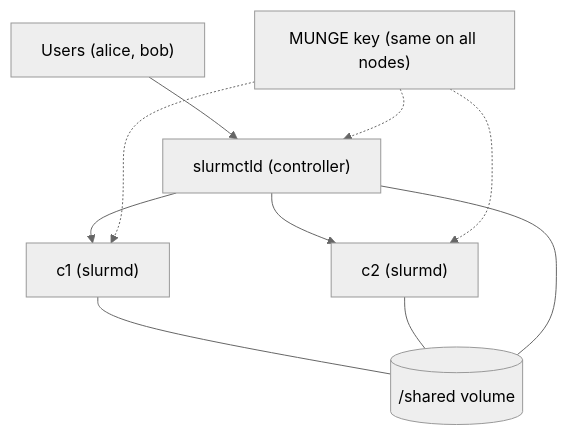
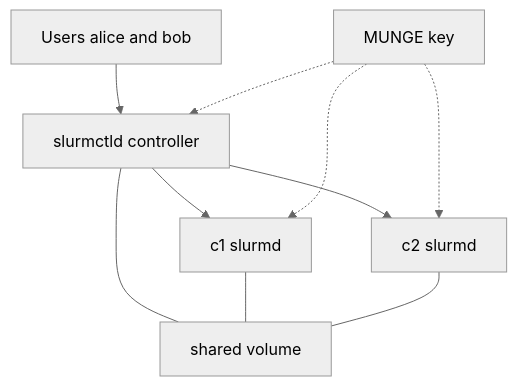
The diagram in README.md (alilearnaio6832-hash/slurm-hpc-cluster), drawn with Mermaid (neutral theme) before and after one commit.

Commit message:
Fix architecture diagram rendering in README

````diff
--- a/README.md
+++ b/README.md
@@ -13,12 +13,12 @@
 ```mermaid
 flowchart TD
-    U["Users (alice, bob)"] --> C["slurmctld (controller)"]
-    C --> N1["c1 (slurmd)"]
-    C --> N2["c2 (slurmd)"]
-    N1 --- S[("/shared volume")]
+    U["Users alice and bob"] --> C["slurmctld controller"]
+    C --> N1["c1 slurmd"]
+    C --> N2["c2 slurmd"]
+    C --- S["shared volume"]
+    N1 --- S
     N2 --- S
-    C --- S
-    M["MUNGE key (same on all nodes)"] -.-> C
+    M["MUNGE key"] -.-> C
     M -.-> N1
     M -.-> N2
 ```
````
